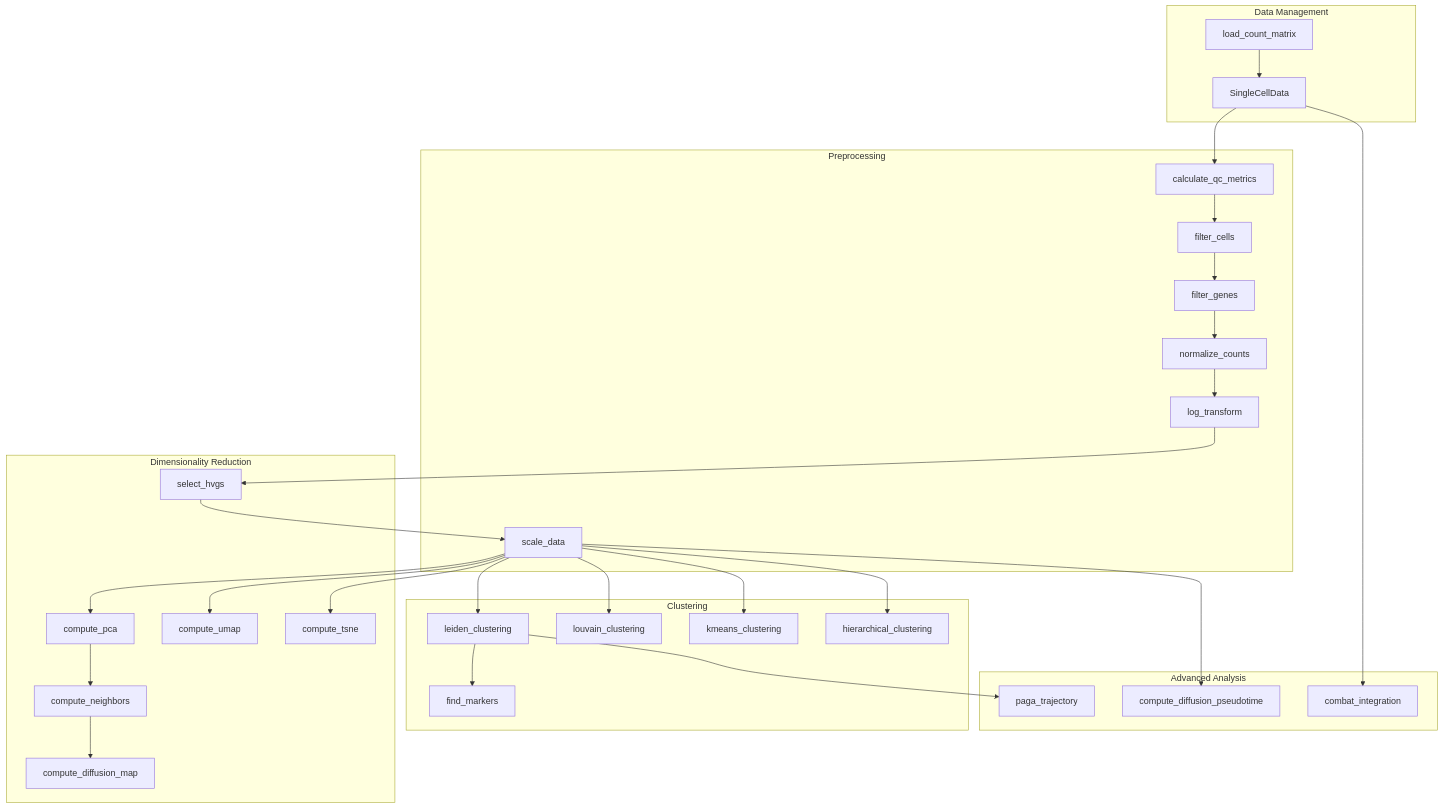
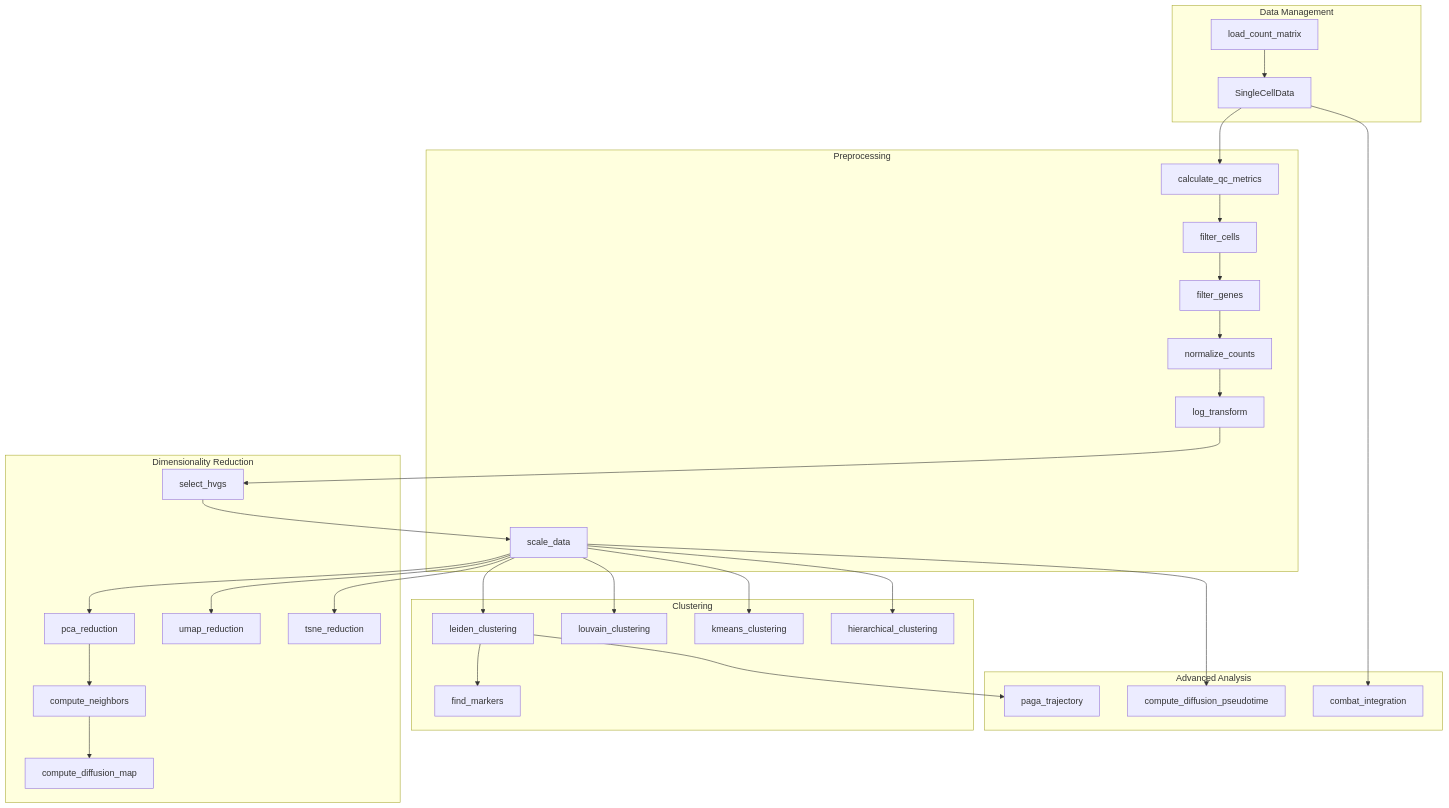
One commit to docxology/MetaInformAnt changed the diagram in docs/singlecell/index.md. Above: the diagram before and after it, drawn with Mermaid. The commit also changed other lines of this file and 189 other files, not shown here.

````diff
--- a/docs/singlecell/index.md
+++ b/docs/singlecell/index.md
@@ -19,61 +19,61 @@
 ```mermaid
 flowchart TB
   subgraph DatadataManagement[Data Management]
     A[SingleCellData]
     B[load_count_matrix]
   end
   
   subgraph Preprocessing
     C[calculate_qc_metrics]
     D[filter_cells]
     E[filter_genes]
     F[normalize_counts]
     G[log_transform]
     H[scale_data]
   end
   
   subgraph DimensionalitydimensionalityReduction[Dimensionality Reduction]
     I[select_hvgs]
-    J[compute_pca]
+    J[pca_reduction]
     K[compute_neighbors]
-    L[compute_umap]
-    M[compute_tsne]
+    L[umap_reduction]
+    M[tsne_reduction]
     N[compute_diffusion_map]
   end
   
   subgraph Clustering
     O[leiden_clustering]
     P[louvain_clustering]
     Q[kmeans_clustering]
     R[hierarchical_clustering]
     S[find_markers]
   end
   
   subgraph AnalysisadvancedAnalysis[Advanced Analysis]
     T[compute_diffusion_pseudotime]
     U[paga_trajectory]
     W[combat_integration]
   end
   
   B --> A
   A --> C
   C --> D
   D --> E
   E --> F
   F --> G
   G --> I
   I --> H
   H --> J
   J --> K
   K --> N
   H --> L
   H --> M
   H --> O
   H --> P
   H --> Q
   H --> R
   O --> S
   H --> T
   O --> U
   A --> W
 ```
````
